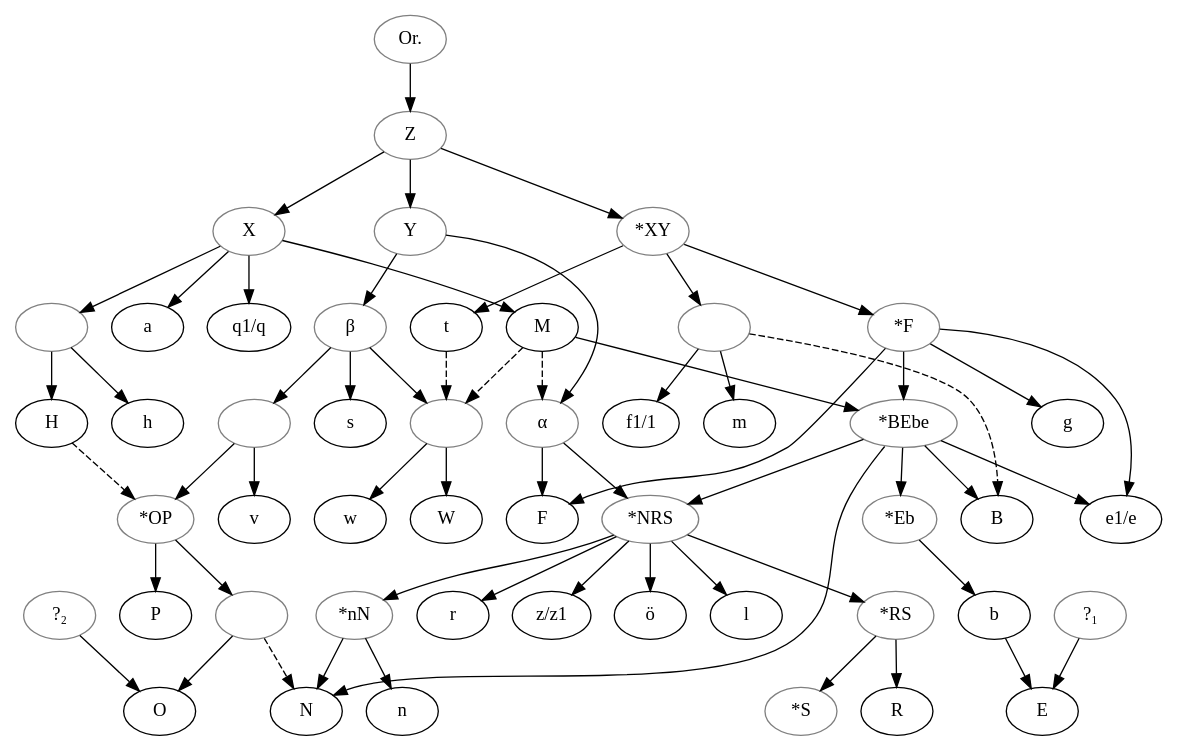
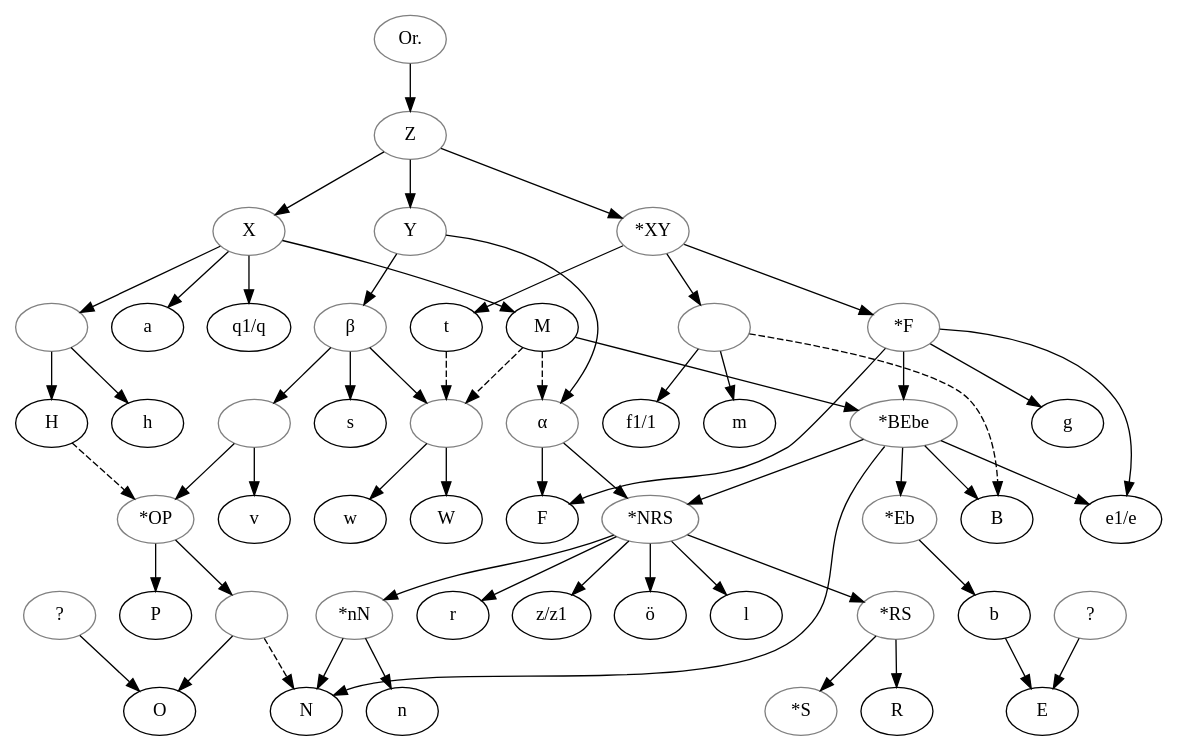
The diagram in data/gmh/Wetzel_1992_Tristan/stemma.gv (OpenStemmata/database), drawn with Graphviz before and after one commit. The commit also changed 1 other file, not shown here.

```diff
--- a/data/gmh/Wetzel_1992_Tristan/stemma.gv
+++ b/data/gmh/Wetzel_1992_Tristan/stemma.gv
@@ -1,137 +1,137 @@
 
 digraph {
 
     original[color="grey", label="Or."]
     archetyp[color="grey", label=Z]
     X[color="grey"]
     starXY[color="grey", label="*XY"]
     Y[color="grey"]
     1[color="grey", label=""]
     a
     q1slashq[label="q1/q"]
     M
     H
     h
     2[color="grey", label=""]
     m
     f1slashf[label="f1/1"]
     starF[color="grey", label="*F"]
     t
     alpha[color="grey", label="α"]
     beta[color="grey", label="β"]
     starBEbe[color="grey", label="*BEbe"]
     B
     starEb[color="grey", label="*Eb"]
     b
     E
-    questionprime[color="grey", label="?₁"]
+    questionprime[color="grey", label="?"]
     e1slashe[label="e1/e"]
     N
     F
     starNRS[color="grey", label="*NRS"]
     g
     starnN[color="grey", label="*nN"]
     l
     r
     zslashz1[label="z/z1"]
     oe[label="ö"]
     starRS[color="grey", label="*RS"]
     n
     R
     starS[color="grey", label="*S"]
     4[color="grey", label=""]
     s
     5[color="grey", label=""]
     w
     W
     v
     starOP[color="grey", label="*OP"]
     O
     P
-    questionsec[color="grey", label="?₂"]
+    questionsec[color="grey", label="?"]
     108[color="grey", label=""]
     
 
    original -> archetyp
    archetyp -> X
    archetyp -> starXY
    archetyp -> Y
 
    X -> 1
    X -> a
    X -> q1slashq
    X -> M
 
    1 -> H
    1 -> h
    
    starXY -> 2
    starXY -> starF
    starXY -> t
    
    2 -> m
    2 -> f1slashf
 
    Y -> beta
    Y -> alpha
 
    M -> starBEbe
 
    starF -> starBEbe
    starF -> e1slashe
    starF -> F
    starF -> g
 
    starBEbe -> starEb
    starBEbe -> e1slashe
    starBEbe -> N
    starBEbe -> starNRS
    starBEbe -> B
 
    starEb -> b
 
    b -> E
 
    questionprime -> E
 
    alpha -> F 
    alpha -> starNRS
 
    starNRS -> starnN
    starNRS -> l
    starNRS -> r
    starNRS -> zslashz1
    starNRS -> oe
    starNRS -> starRS
 
    starnN -> n
    starnN -> N
 
    starRS -> R
    starRS -> starS
 
    beta -> s
    beta -> 5
    beta -> 4
 
    4 -> w
    4 -> W
 
    5 -> v
    5 -> starOP
 
    starOP -> P
    starOP -> 108
 
    108 -> O
 
    questionsec -> O
 
    H -> starOP [style="dashed"]
    M -> alpha [style="dashed"]
    M -> 4 [style="dashed"]
    2 -> B [style="dashed"]
    t -> 4 [style="dashed"]
    108 -> N [style="dashed"]
 
 }
```
